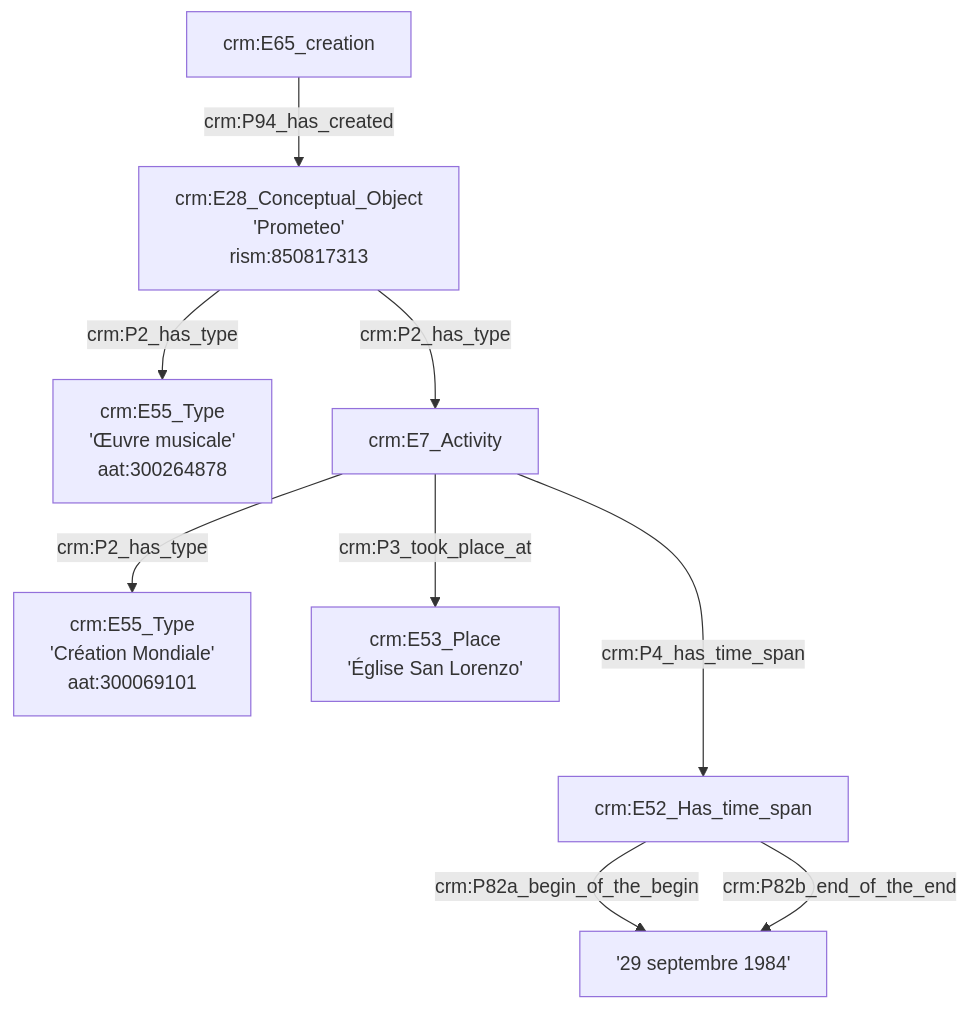
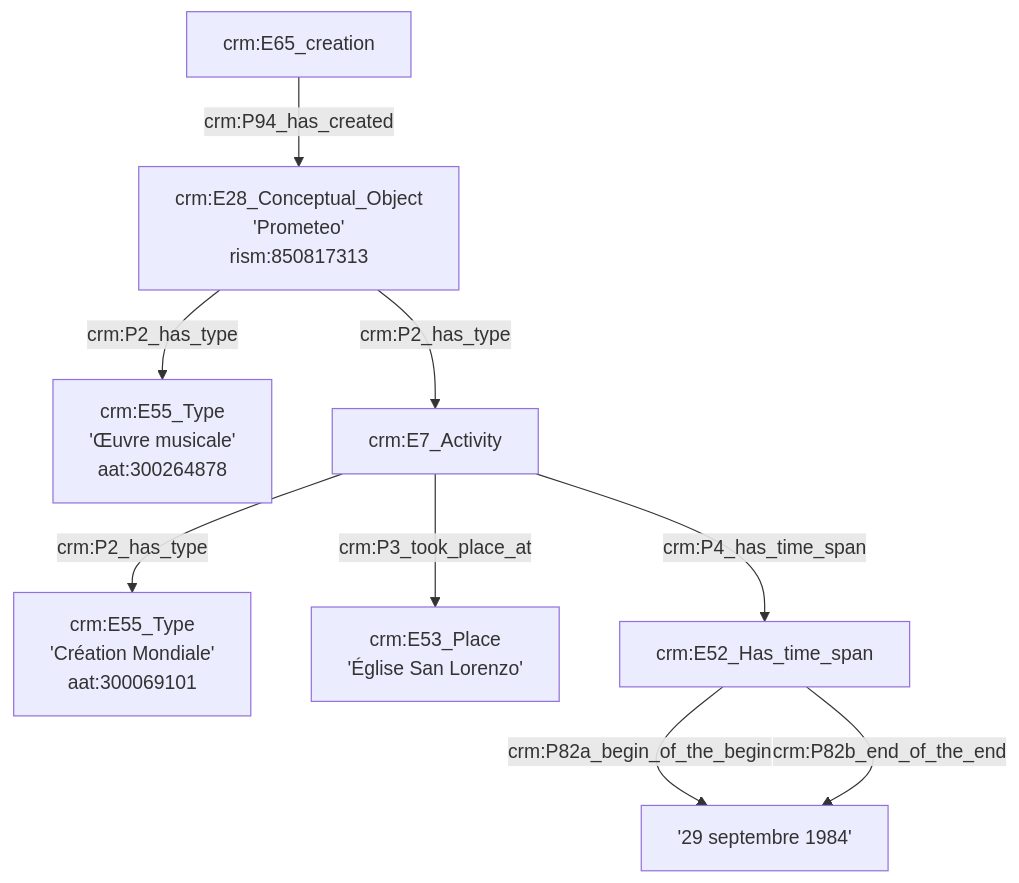
One commit to GusBraud/OntoMatchGameGus changed the second of 6 diagrams in Exemple1.md. Above: the diagram before and after it, drawn with Mermaid. The commit also changed other lines of this file, not shown here.

````diff
--- a/Exemple1.md
+++ b/Exemple1.md
@@ -15,13 +15,13 @@
 ```mermaid
 graph TD;
 
 D[crm:E65_creation] --> |crm:P94_has_created| E[crm:E28_Conceptual_Object<br>'Prometeo'<br>rism:850817313]
 E[crm:E28_Conceptual_Object<br>'Prometeo'<br>rism:850817313] --> |crm:P2_has_type| F[crm:E55_Type<br>'Œuvre musicale'<br>aat:300264878]
 E[crm:E28_Conceptual_Object<br>'Prometeo'<br>rism:850817313] --> |crm:P2_has_type| G[crm:E7_Activity]
 G[crm:E7_Activity] --> |crm:P2_has_type| H[crm:E55_Type<br>'Création Mondiale'<br>aat:300069101]
 G[crm:E7_Activity] --> |crm:P3_took_place_at| I[crm:E53_Place<br>'Église San Lorenzo']
-G[crm:E7_Activity] ---> |crm:P4_has_time_span| J[crm:E52_Has_time_span]
+G[crm:E7_Activity] --> |crm:P4_has_time_span| J[crm:E52_Has_time_span]
 J[crm:E52_Has_time_span] --> |crm:P82a_begin_of_the_begin| K['29 septembre 1984']
 J[crm:E52_Has_time_span] --> |crm:P82b_end_of_the_end| K['29 septembre 1984']
 
 ```
````
